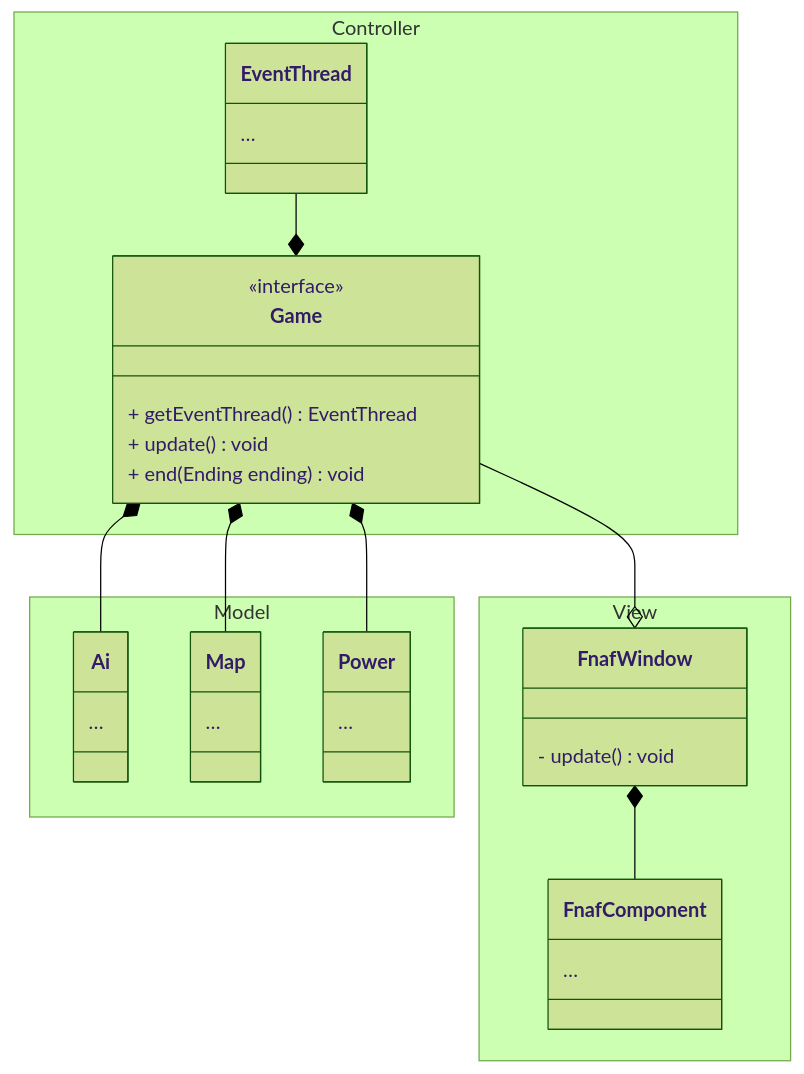
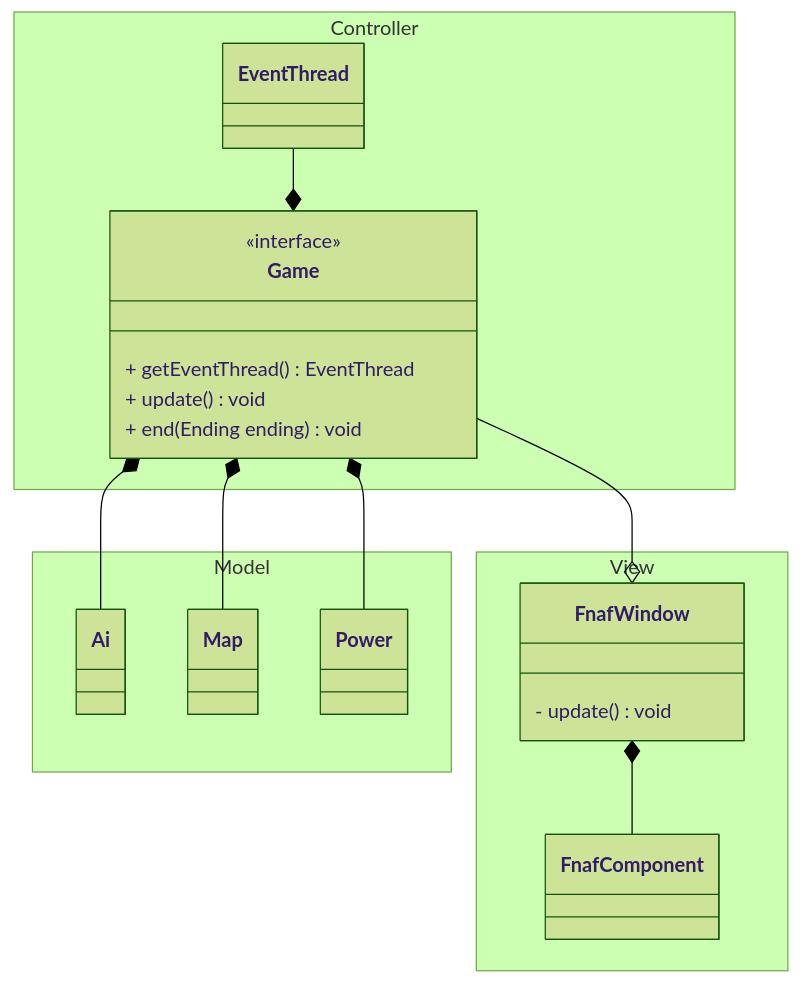
One commit to PastaCodes/OOP23-fnaf-retro changed the second of 2 diagrams in report.md. Above: the diagram before and after it, drawn with Mermaid (forest theme).

Commit message:
Non andavano neanche quelli

````diff
--- a/report.md
+++ b/report.md
@@ -164,39 +164,29 @@
 ```mermaid
 classDiagram
     namespace Model {
-        class Ai {
-            …
-        }
-        class Map {
-            …
-        }
-        class Power {
-            …
-        }
+        class Ai { }
+        class Map { }
+        class Power { }
     }
     namespace Controller {
-        class EventThread {
-            …
-        }
+        class EventThread { }
         class Game {
             <<interface>>
             + getEventThread() EventThread
             + update() void
             + end(Ending ending) void 
         }
     }
     namespace View {
         class FnafWindow {
             - update() void
         }
-        class FnafComponent {
-            …
-        }
+        class FnafComponent { }
     }
     EventThread --* Game
     FnafWindow *-- FnafComponent
     Game --o FnafWindow
     Game *-- Ai
     Game *-- Map
     Game *-- Power
 ```
````
